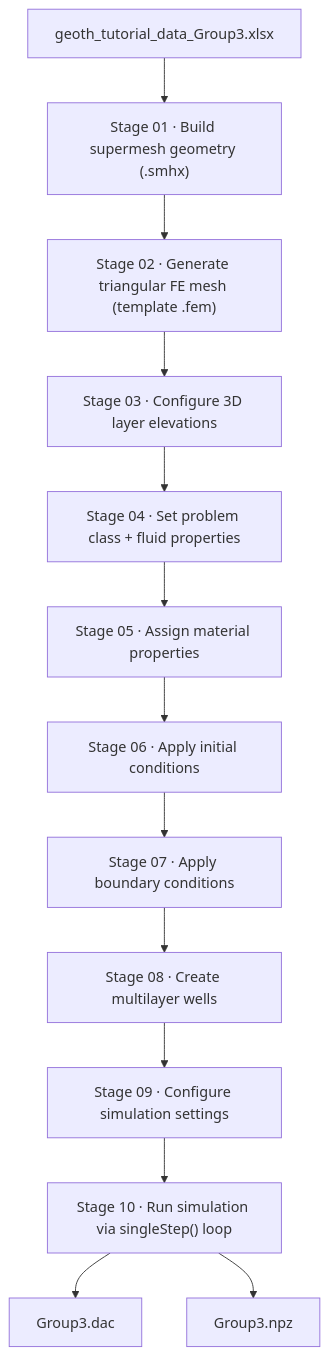
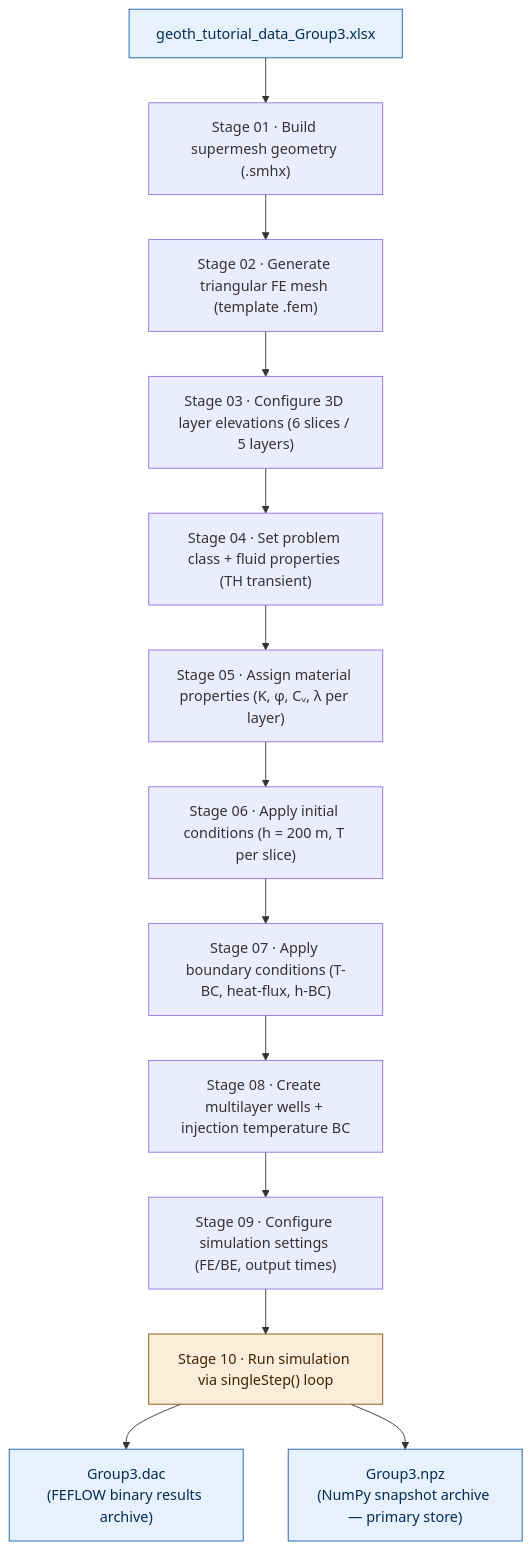
The first of 2 diagrams in README.md (imansgh/feflow-geothermal-automation), drawn with Mermaid before and after one commit. The commit also changed other lines of this file, not shown here.

````diff
--- a/README.md
+++ b/README.md
@@ -79,21 +81,23 @@
 ```mermaid
 flowchart TD
     IN["geoth_tutorial_data_Group3.xlsx"]
     S01["Stage 01 · Build supermesh geometry (.smhx)"]
     S02["Stage 02 · Generate triangular FE mesh (template .fem)"]
-    S03["Stage 03 · Configure 3D layer elevations"]
-    S04["Stage 04 · Set problem class + fluid properties"]
-    S05["Stage 05 · Assign material properties"]
-    S06["Stage 06 · Apply initial conditions"]
-    S07["Stage 07 · Apply boundary conditions"]
-    S08["Stage 08 · Create multilayer wells"]
-    S09["Stage 09 · Configure simulation settings"]
+    S03["Stage 03 · Configure 3D layer elevations (6 slices / 5 layers)"]
+    S04["Stage 04 · Set problem class + fluid properties (TH transient)"]
+    S05["Stage 05 · Assign material properties (K, φ, Cᵥ, λ per layer)"]
+    S06["Stage 06 · Apply initial conditions (h = 200 m, T per slice)"]
+    S07["Stage 07 · Apply boundary conditions (T-BC, heat-flux, h-BC)"]
+    S08["Stage 08 · Create multilayer wells + injection temperature BC"]
+    S09["Stage 09 · Configure simulation settings (FE/BE, output times)"]
     S10["Stage 10 · Run simulation via singleStep() loop"]
-
-    DAC["Group3.dac"]
-    NPZ["Group3.npz"]
-
+    DAC["Group3.dac<br/>(FEFLOW binary results archive)"]
+    NPZ["Group3.npz<br/>(NumPy snapshot archive — primary store)"]
     IN --> S01 --> S02 --> S03 --> S04 --> S05 --> S06 --> S07 --> S08 --> S09 --> S10
     S10 --> DAC
     S10 --> NPZ
+    classDef store fill:#E6F1FB,stroke:#185FA5,color:#042C53;
+    classDef run fill:#FAEEDA,stroke:#854F0B,color:#412402;
+    class IN,DAC,NPZ store;
+    class S10 run;
 ```
````
